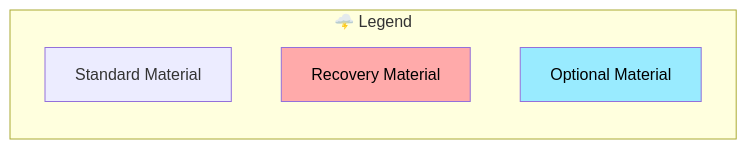
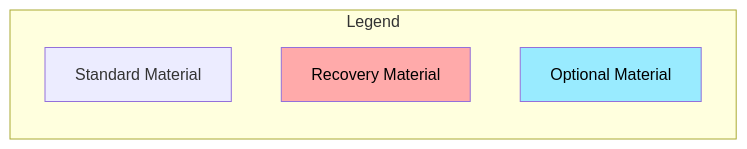
Before and after one commit to BlockchainCommons/SmartCustody: the eighth of 60 diagrams in Docs/Scenario-Multisig.md, drawn with Mermaid.

````diff
--- a/Docs/Scenario-Multisig.md
+++ b/Docs/Scenario-Multisig.md
@@ -317,13 +317,13 @@
 ```mermaid
     graph BT
     linkStyle default stroke-width: 0px
 
-    subgraph cloud["🌩️ Legend"]
+    subgraph cloud["Legend"]
     A["Standard Material"]
     B["Recovery Material"]
     C["Optional Material"]
     end
     
     style B color:#000,fill:#ffaaaa;
     style C color:#000,fill:#99ebff;
 ```
````
